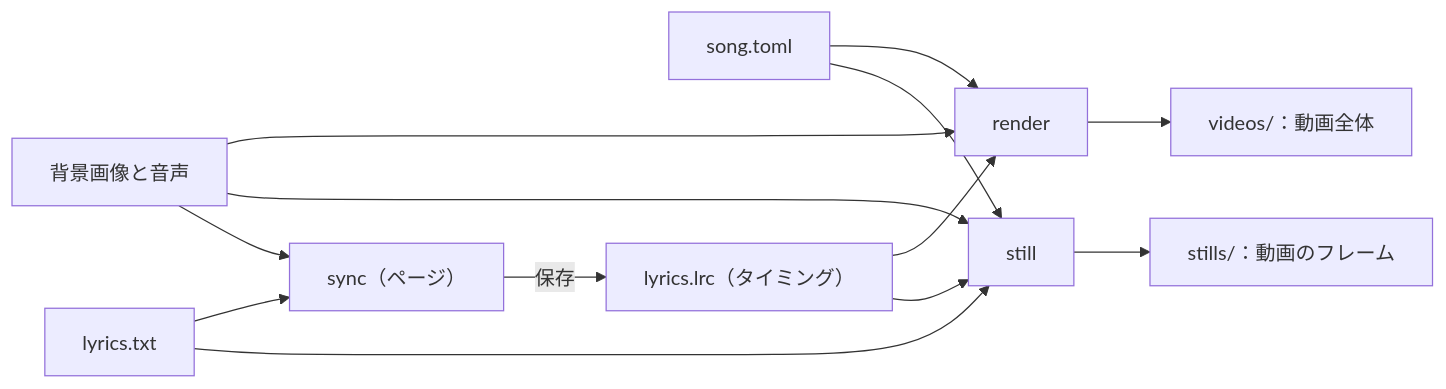
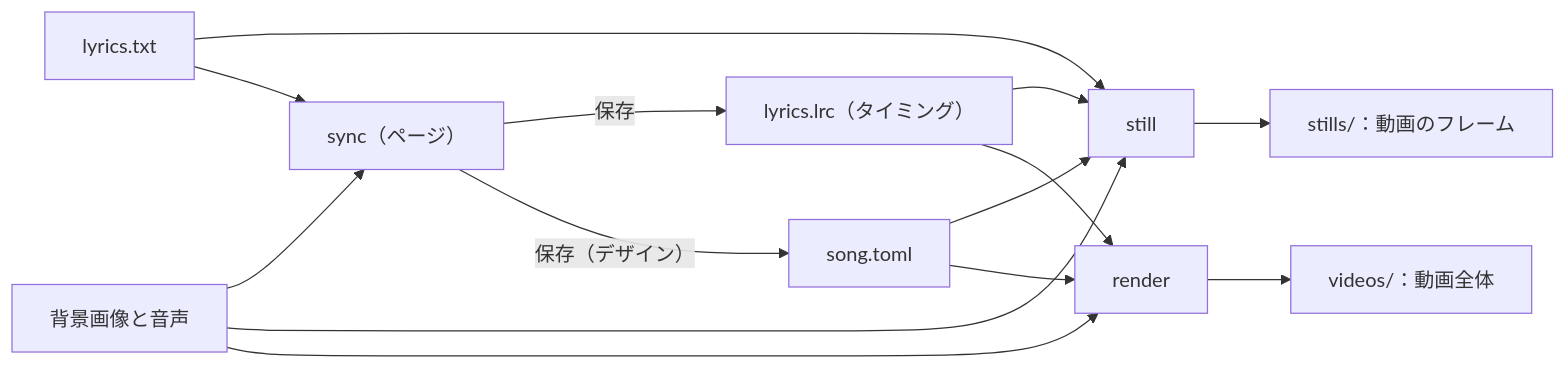
Before and after one commit to musica-sanare/lyrics-video-app: the diagram in docs/ja/USER_GUIDE.md, drawn with Mermaid. The commit also changed other lines of this file and 23 other files, not shown here.

````diff
--- a/docs/ja/USER_GUIDE.md
+++ b/docs/ja/USER_GUIDE.md
@@ -13,20 +13,21 @@
 ```mermaid
 flowchart LR
   song["song.toml"]
   lyrics["lyrics.txt"]
   timing["lyrics.lrc（タイミング）"]
   media["背景画像と音声"]
   still["still"]
   render["render"]
   sync["sync（ページ）"]
   outStills["stills/：動画のフレーム"]
   outVideos["videos/：動画全体"]
   song --> still & render
   lyrics --> still
   timing --> still & render
   lyrics & media --> sync
   sync -->|保存| timing
+  sync -->|"保存（デザイン）"| song
   media --> still & render
   render --> outVideos
   still --> outStills
 ```
````
